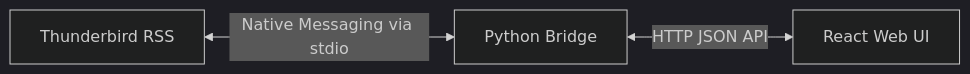
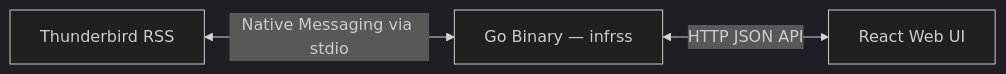
Before and after one commit to AwesomeDog/infinite-rss-reader: the diagram in README.md, drawn with Mermaid (dark theme). The commit also changed other lines of this file and 21 other files, not shown here.

````diff
--- a/README.md
+++ b/README.md
@@ -103,5 +140,5 @@
 ```mermaid
 graph LR
-    TB[Thunderbird RSS] <-->|Native Messaging via stdio| Py[Python Bridge]
-    Py <-->|HTTP JSON API| Web[React Web UI]
+    TB[Thunderbird RSS] <-->|Native Messaging via stdio| Go[Go Binary — infrss]
+    Go <-->|HTTP JSON API| Web[React Web UI]
 ```
````
